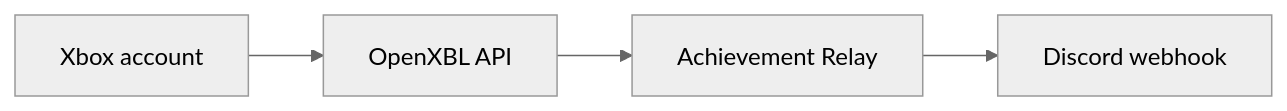
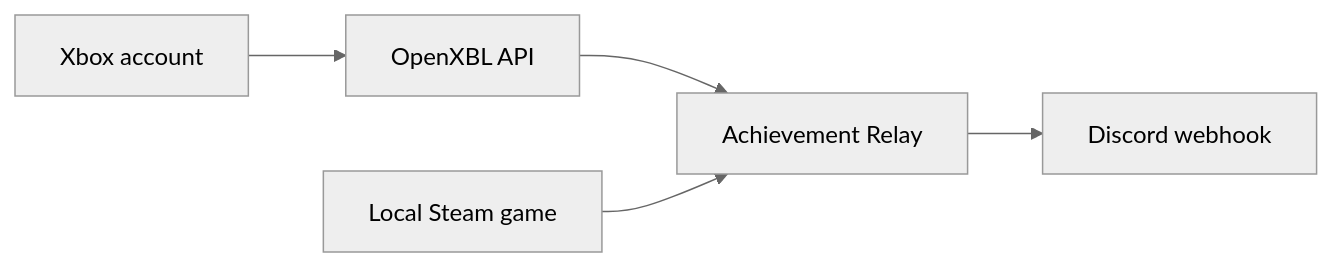
The diagram in README.md (Conroy1988/Achievement-Relay), drawn with Mermaid (neutral theme) before and after one commit. The commit also changed other lines of this file and 52 other files, not shown here.

````diff
--- a/README.md
+++ b/README.md
@@ -28,6 +29,7 @@
 ```mermaid
 flowchart LR
     X["Xbox account"] --> O["OpenXBL API"]
     O --> R["Achievement Relay"]
+    S["Local Steam game"] --> R
     R --> D["Discord webhook"]
 ```
````
